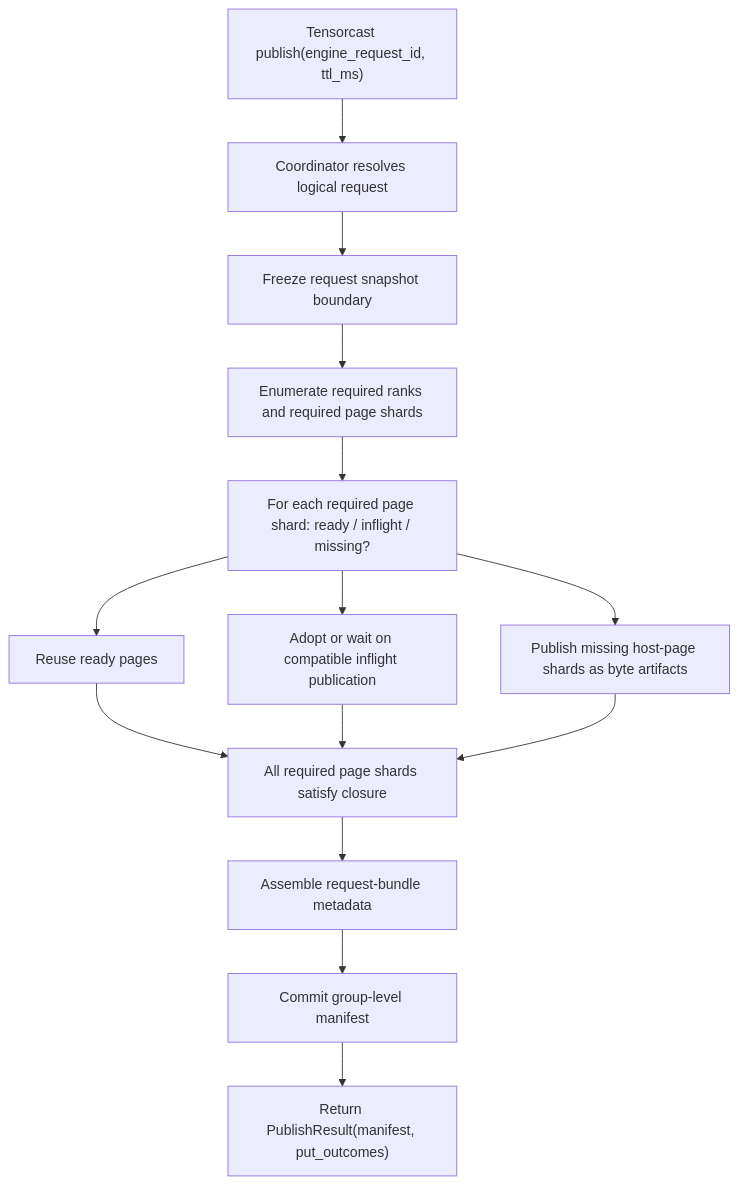
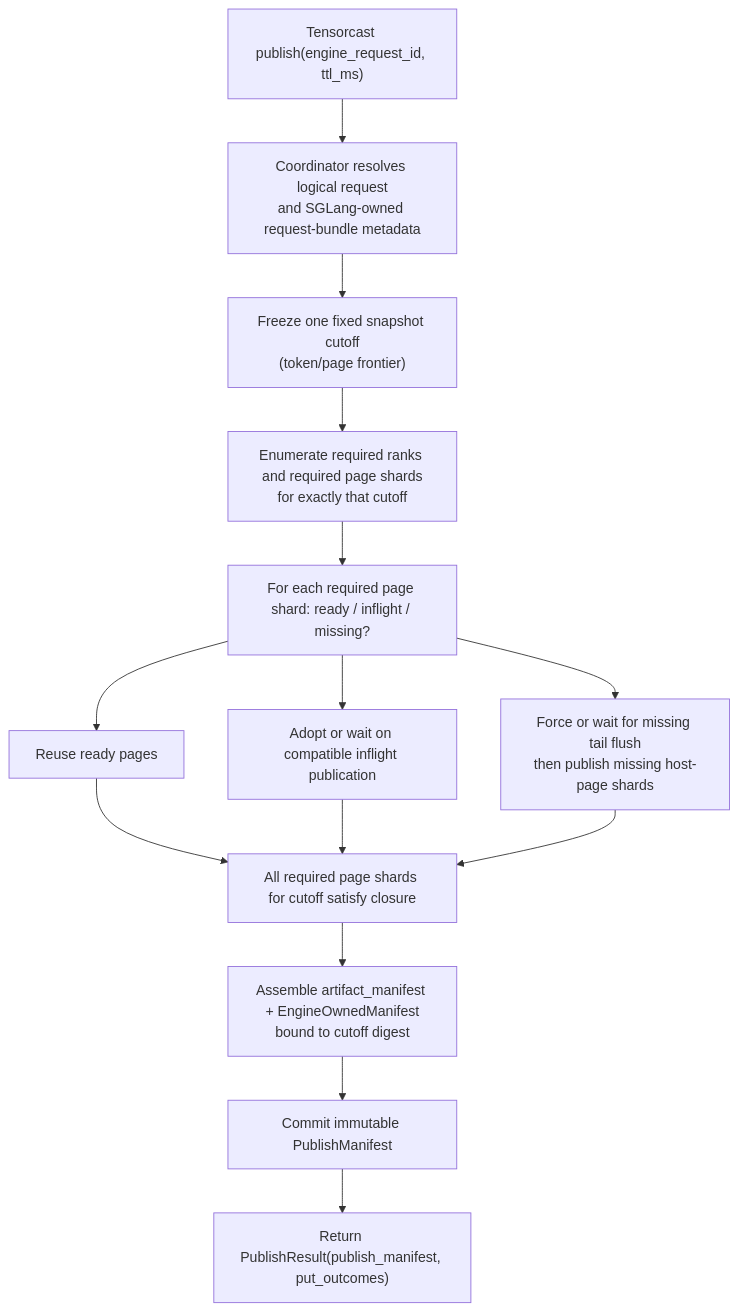
Before and after one commit to tensorcast-ai/sglang: diagram 13 of 20 in docs/tensorcast/tensorcast_kv_integration.md, drawn with Mermaid. The commit also changed other lines of this file and 2 other files, not shown here.

Commit message:
doc: update design & plan for tensorcast KV integration

````diff
--- a/docs/tensorcast/tensorcast_kv_integration.md
+++ b/docs/tensorcast/tensorcast_kv_integration.md
@@ -832,16 +1187,16 @@
 ```mermaid
 flowchart TD
-    A["Tensorcast publish(engine_request_id, ttl_ms)"] --> B["Coordinator resolves logical request"]
-    B --> C["Freeze request snapshot boundary"]
-    C --> D["Enumerate required ranks and required page shards"]
+    A["Tensorcast publish(engine_request_id, ttl_ms)"] --> B["Coordinator resolves logical request<br/>and SGLang-owned request-bundle metadata"]
+    B --> C["Freeze one fixed snapshot cutoff<br/>(token/page frontier)"]
+    C --> D["Enumerate required ranks and required page shards<br/>for exactly that cutoff"]
     D --> E["For each required page shard: ready / inflight / missing?"]
     E --> F["Reuse ready pages"]
     E --> G["Adopt or wait on compatible inflight publication"]
-    E --> H["Publish missing host-page shards as byte artifacts"]
-    F --> I["All required page shards satisfy closure"]
+    E --> H["Force or wait for missing tail flush<br/>then publish missing host-page shards"]
+    F --> I["All required page shards for cutoff satisfy closure"]
     G --> I
     H --> I
-    I --> J["Assemble request-bundle metadata"]
-    J --> K["Commit group-level manifest"]
-    K --> L["Return PublishResult(manifest, put_outcomes)"]
+    I --> J["Assemble artifact_manifest + EngineOwnedManifest<br/>bound to cutoff digest"]
+    J --> K["Commit immutable PublishManifest"]
+    K --> L["Return PublishResult(publish_manifest, put_outcomes)"]
 ```
````
